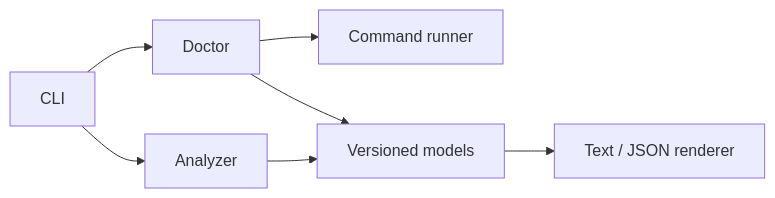
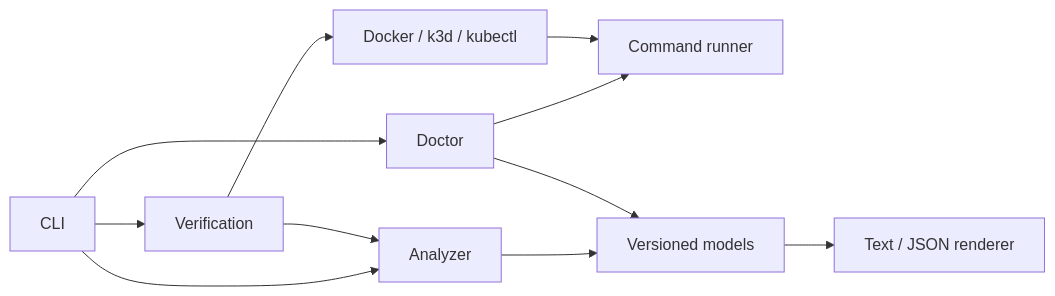
One commit to noor15102002/cloud-forge changed the diagram in docs/architecture.md. Above: the diagram before and after it, drawn with Mermaid. The commit also changed other lines of this file and 21 other files, not shown here.

Commit message:
Add Docker-to-k3d readiness verification (#20)

````diff
--- a/docs/architecture.md
+++ b/docs/architecture.md
@@ -21,9 +23,13 @@
 ```mermaid
 flowchart LR
     CLI --> Analyzer
     CLI --> Doctor
+    CLI --> Verification
     Doctor --> Runner[Command runner]
+    Verification --> Analyzer
+    Verification --> Executor[Docker / k3d / kubectl]
+    Executor --> Runner
     Analyzer --> Model[Versioned models]
     Doctor --> Model
     Model --> Render[Text / JSON renderer]
 ```
````
